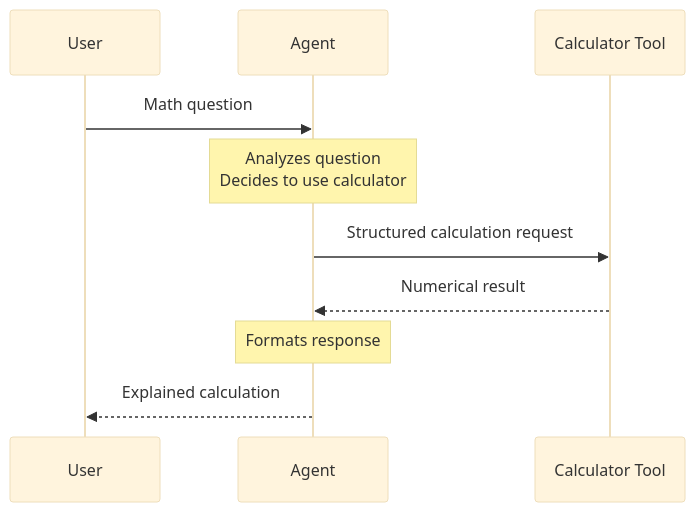
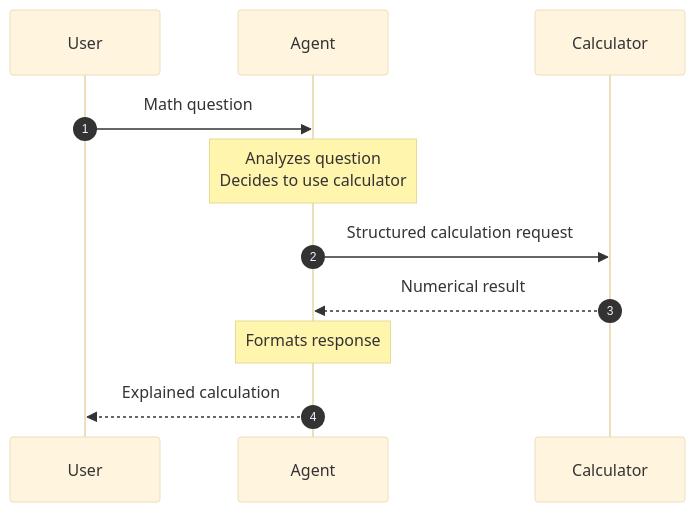
The second of 3 diagrams in inst/blog/agents.qmd (cynkra/ragent), drawn with Mermaid (base theme) before and after one commit. The commit also changed other lines of this file and 2 other files, not shown here.

````diff
--- a/inst/blog/agents.qmd
+++ b/inst/blog/agents.qmd
@@ -106,13 +129,14 @@
 ```{mermaid}
 sequenceDiagram
+    autonumber
     participant User
     participant Agent
-    participant Calculator Tool
+    participant Calculator
 
     User->>Agent: Math question
     Note over Agent: Analyzes question<br/>Decides to use calculator
-    Agent->>Calculator Tool: Structured calculation request
-    Calculator Tool-->>Agent: Numerical result
+    Agent->>Calculator: Structured calculation request
+    Calculator-->>Agent: Numerical result
     Note over Agent: Formats response
     Agent-->>User: Explained calculation
 ```
````
